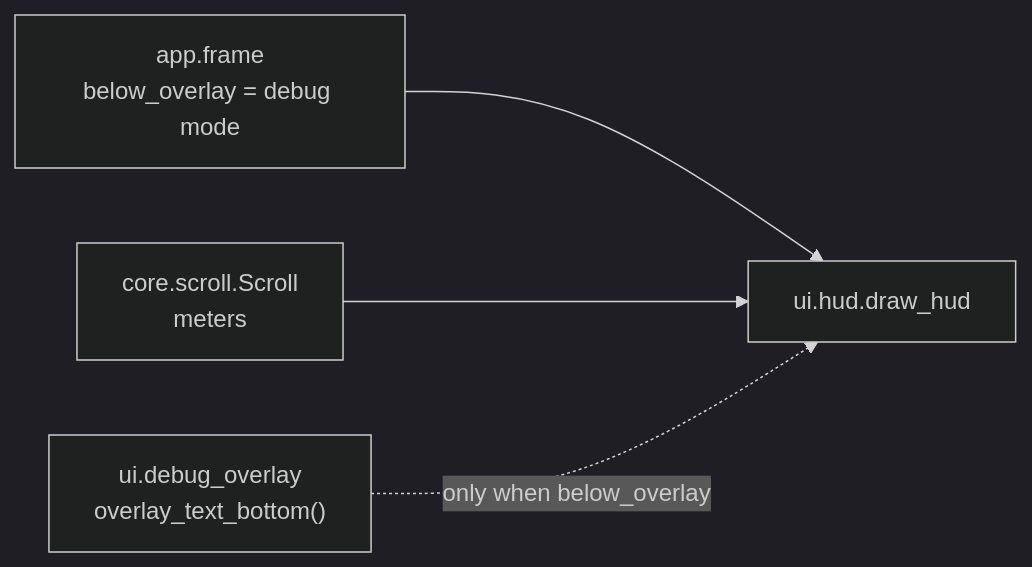
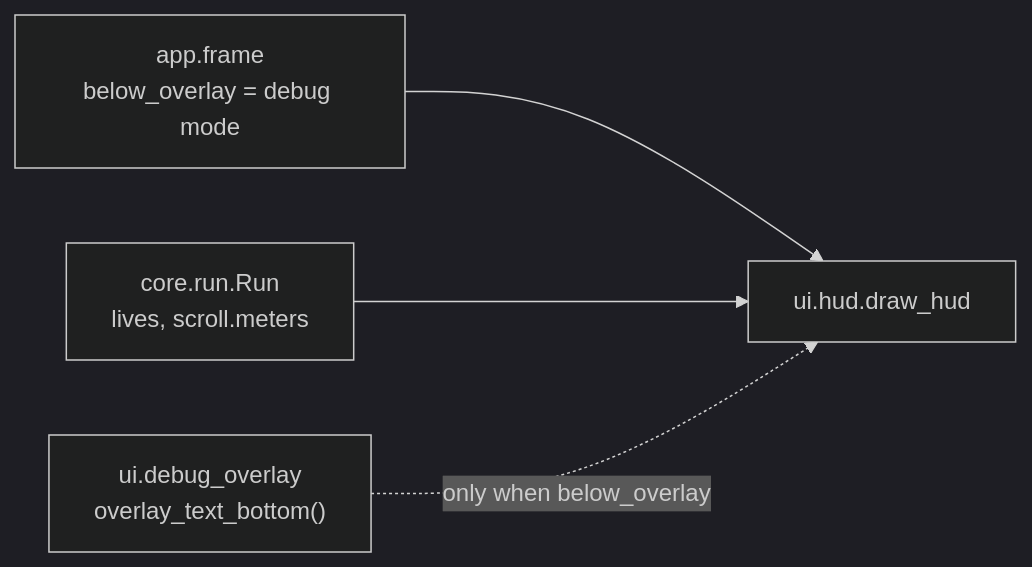
One commit to david-mntl/driftward-ace changed the diagram in docs/contracts/systems/hud.md. Above: the diagram before and after it, drawn with Mermaid (dark theme). The commit also changed other lines of this file and 11 other files, not shown here.

````diff
--- a/docs/contracts/systems/hud.md
+++ b/docs/contracts/systems/hud.md
@@ -39,6 +46,6 @@
 ```mermaid
 flowchart LR
   APP["app.frame<br/>below_overlay = debug mode"] --> H["ui.hud.draw_hud"]
-  S["core.scroll.Scroll<br/>meters"] --> H
+  R["core.run.Run<br/>lives, scroll.meters"] --> H
   O["ui.debug_overlay<br/>overlay_text_bottom()"] -. "only when below_overlay" .-> H
 ```
````
